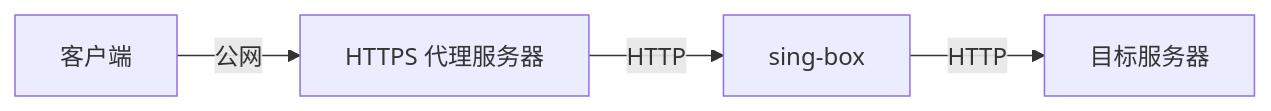
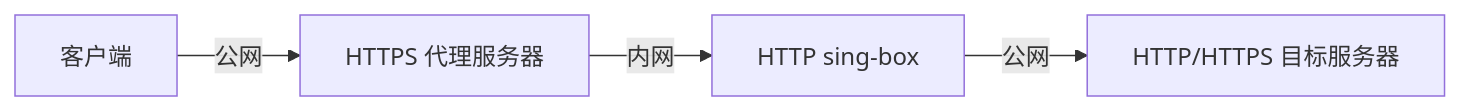
One commit to 117503445/https-proxy changed the second of 2 diagrams in README.md. Above: the diagram before and after it, drawn with Mermaid. The commit also changed other lines of this file, not shown here.

````diff
--- a/README.md
+++ b/README.md
@@ -22,6 +22,6 @@
 ```mermaid
 graph LR
     A[客户端] -->|公网| B[HTTPS 代理服务器]
-    B -->|HTTP| C[sing-box]
-    C -->|HTTP| D[目标服务器]
+    B -->|内网| C[HTTP sing-box]
+    C -->|公网| D[HTTP/HTTPS 目标服务器]
 ```
````
